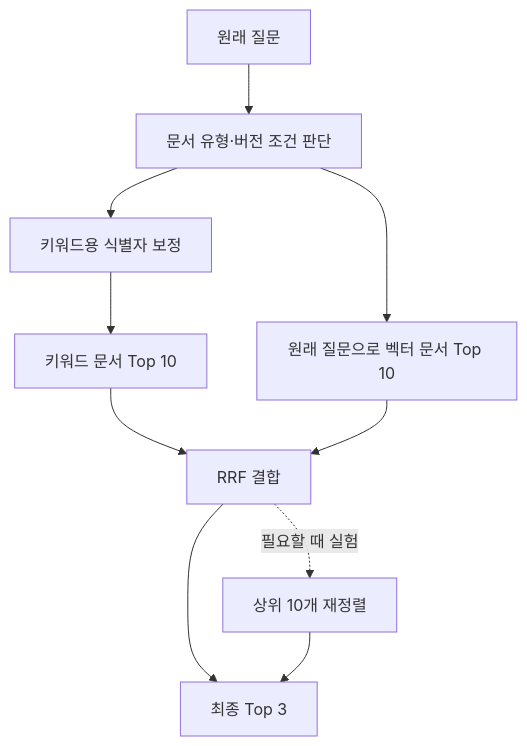
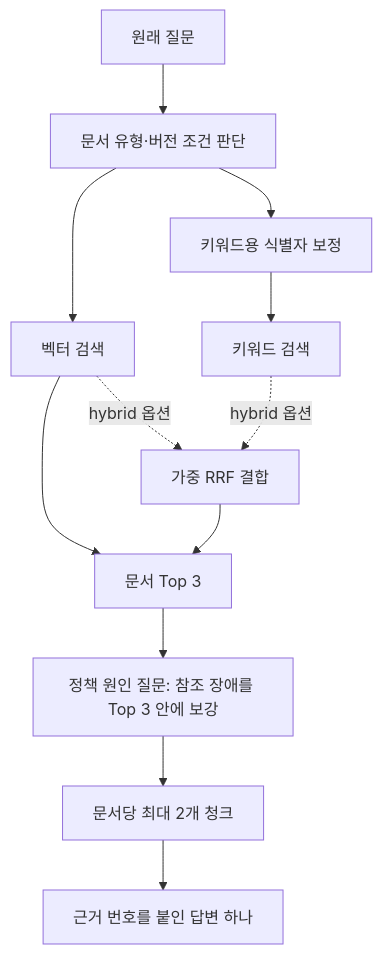
Before and after one commit to hhk22/llm-wiki: the diagram in blogs/02-search-quality.md, drawn with Mermaid. The commit also changed other lines of this file and 17 other files, not shown here.

````diff
--- a/blogs/02-search-quality.md
+++ b/blogs/02-search-quality.md
@@ -198,12 +261,14 @@
 ```mermaid
 flowchart TD
     Q[원래 질문] --> F[문서 유형·버전 조건 판단]
+    F --> V[벡터 검색]
     F --> N[키워드용 식별자 보정]
-    N --> K[키워드 문서 Top 10]
-    F --> V[원래 질문으로 벡터 문서 Top 10]
-    K --> H[RRF 결합]
-    V --> H
-    H --> T[최종 Top 3]
-    H -. 필요할 때 실험 .-> R[상위 10개 재정렬]
-    R --> T
+    N --> K[키워드 검색]
+    V --> T[문서 Top 3]
+    K -. hybrid 옵션 .-> H[가중 RRF 결합]
+    V -. hybrid 옵션 .-> H
+    H --> T
+    T --> L[정책 원인 질문: 참조 장애를 Top 3 안에 보강]
+    L --> C[문서당 최대 2개 청크]
+    C --> A[근거 번호를 붙인 답변 하나]
 ```
````
